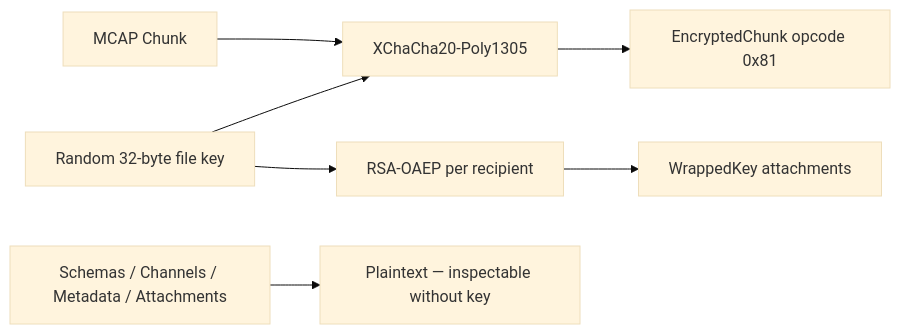
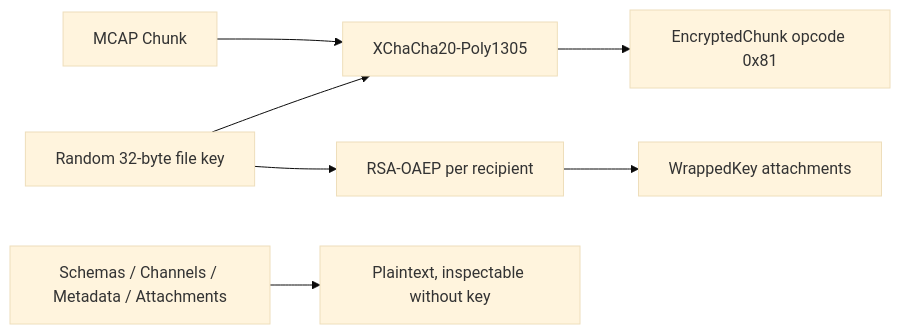
Before and after one commit to remete618/mcap-encrypt: the diagram in README.md, drawn with Mermaid (base theme). The commit also changed other lines of this file, not shown here.

````diff
--- a/README.md
+++ b/README.md
@@ -66,9 +66,9 @@
 ```mermaid
 flowchart LR
     A[MCAP Chunk] --> B[XChaCha20-Poly1305]
     D[Random 32-byte file key] --> B
     B --> C[EncryptedChunk opcode 0x81]
     D --> E[RSA-OAEP per recipient]
     E --> F[WrappedKey attachments]
-    G[Schemas / Channels / Metadata / Attachments] --> H[Plaintext — inspectable without key]
+    G[Schemas / Channels / Metadata / Attachments] --> H[Plaintext, inspectable without key]
 ```
````
